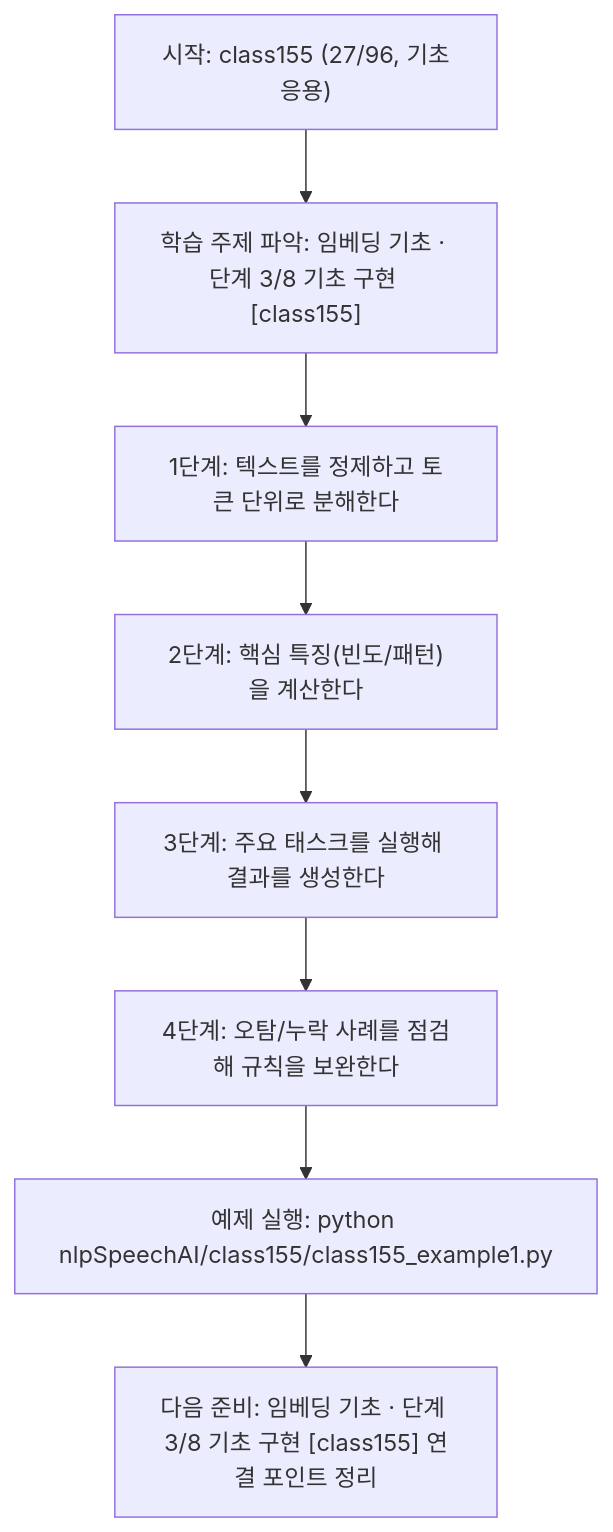
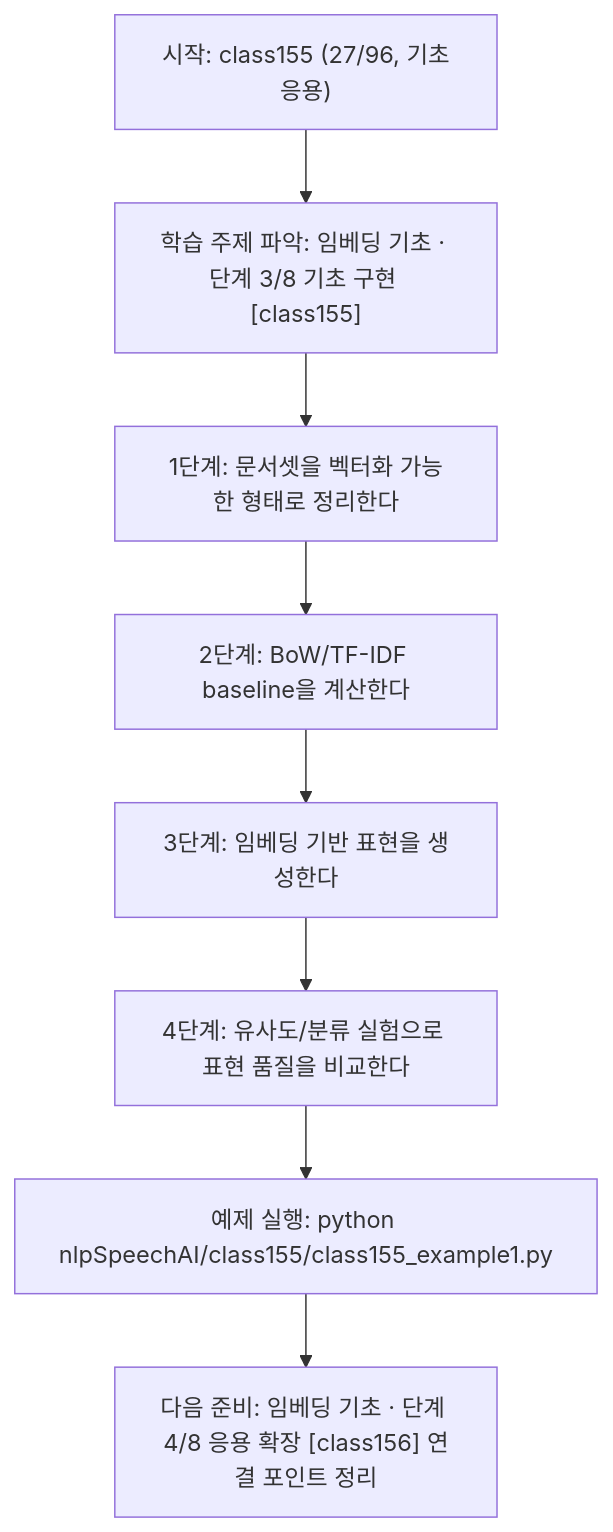
The diagram in nlpSpeechAI/class155/class155.md (edumgt/Python-AI_Agent-Class), drawn with Mermaid before and after one commit. The commit also changed other lines of this file and 1122 other files, not shown here.

````diff
--- a/nlpSpeechAI/class155/class155.md
+++ b/nlpSpeechAI/class155/class155.md
@@ -113,18 +94,18 @@
 ```mermaid
 flowchart TD
 N1["시작: class155 (27/96, 기초응용)"]
 N2["학습 주제 파악: 임베딩 기초 · 단계 3/8 기초 구현 [class155]"]
-N3["1단계: 텍스트를 정제하고 토큰 단위로 분해한다"]
-N4["2단계: 핵심 특징(빈도/패턴)을 계산한다"]
-N5["3단계: 주요 태스크를 실행해 결과를 생성한다"]
-N6["4단계: 오탐/누락 사례를 점검해 규칙을 보완한다"]
+N3["1단계: 문서셋을 벡터화 가능한 형태로 정리한다"]
+N4["2단계: BoW/TF-IDF baseline을 계산한다"]
+N5["3단계: 임베딩 기반 표현을 생성한다"]
+N6["4단계: 유사도/분류 실험으로 표현 품질을 비교한다"]
 N7["예제 실행: python nlpSpeechAI/class155/class155_example1.py"]
-N8["다음 준비: 임베딩 기초 · 단계 3/8 기초 구현 [class155] 연결 포인트 정리"]
+N8["다음 준비: 임베딩 기초 · 단계 4/8 응용 확장 [class156] 연결 포인트 정리"]
 N1 --> N2
 N2 --> N3
 N3 --> N4
 N4 --> N5
 N5 --> N6
 N6 --> N7
 N7 --> N8
 ```
````
